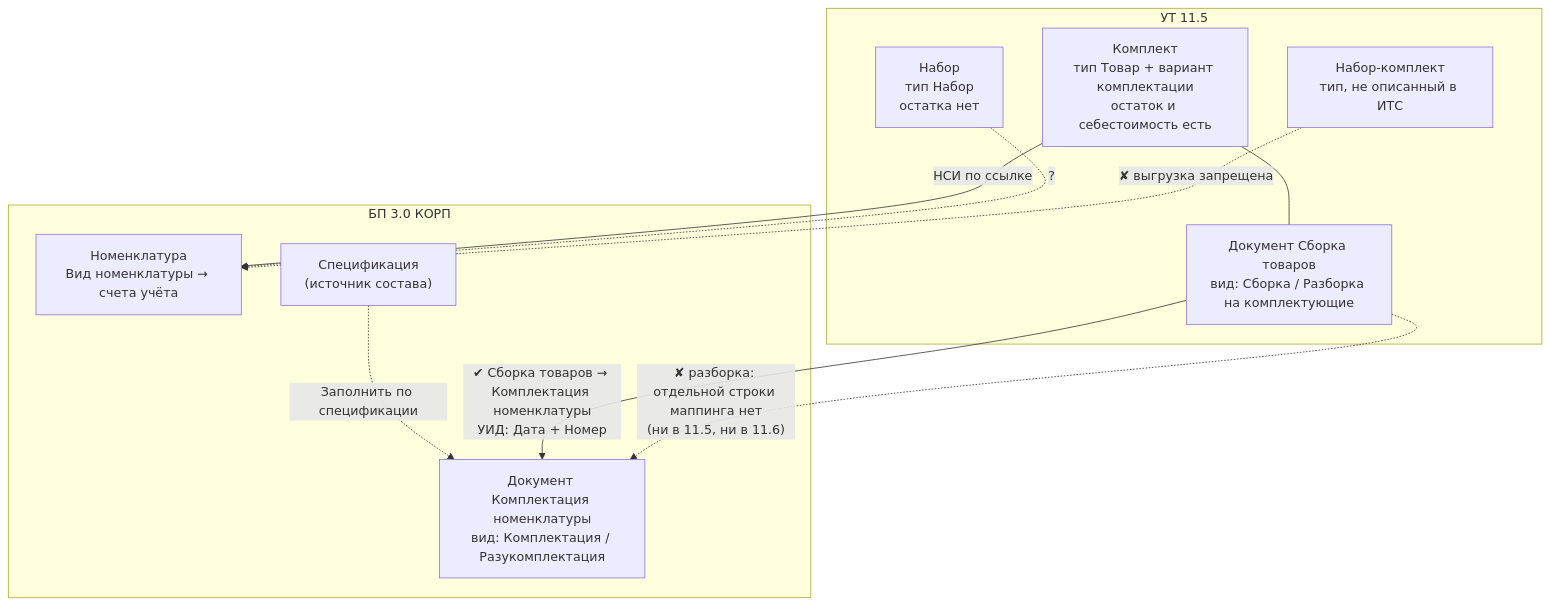
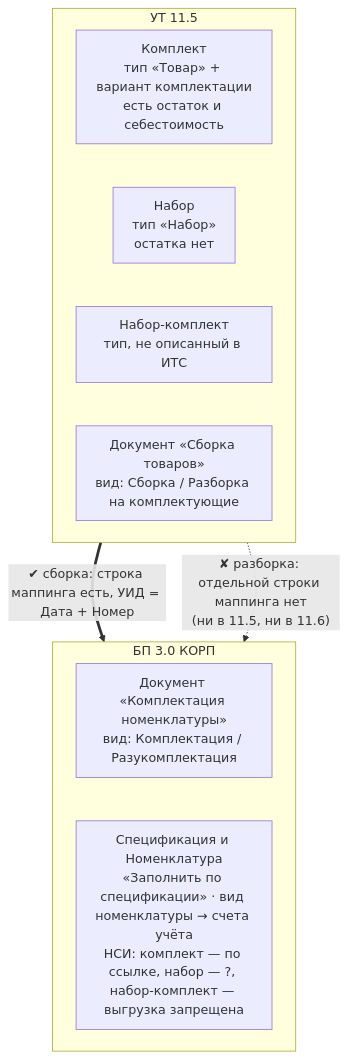
One commit to grevinden/komplekty-ut-bp changed the diagram in docs/01-glavnaya-karta.md. Above: the diagram before and after it, drawn with Mermaid.

Commit message:
Схема главной карты: вертикальная компоновка (6 блоков в колонку, натуральный масштаб)

````diff
--- a/docs/01-glavnaya-karta.md
+++ b/docs/01-glavnaya-karta.md
@@ -46,21 +46,20 @@
 ```mermaid
+%%{init: {"flowchart": {"rankSpacing": 30, "nodeSpacing": 40, "padding": 12}}}%%
 flowchart TB
   subgraph UT["УТ 11.5"]
-    K["Комплект<br/>тип Товар + вариант комплектации<br/>остаток и себестоимость есть"]
-    N["Набор<br/>тип Набор<br/>остатка нет"]
+    direction TB
+    K["Комплект<br/>тип «Товар» + вариант комплектации<br/>есть остаток и себестоимость"]
+    N["Набор<br/>тип «Набор»<br/>остатка нет"]
     NK["Набор-комплект<br/>тип, не описанный в ИТС"]
-    SB["Документ Сборка товаров<br/>вид: Сборка / Разборка на комплектующие"]
-    K --- SB
+    SB["Документ «Сборка товаров»<br/>вид: Сборка / Разборка на комплектующие"]
+    K ~~~ N ~~~ NK ~~~ SB
   end
+  SB ==>|"✔ сборка: строка маппинга есть, УИД = Дата + Номер"| CN
+  SB -.->|"✘ разборка: отдельной строки маппинга нет<br/>(ни в 11.5, ни в 11.6)"| CN
   subgraph BP["БП 3.0 КОРП"]
-    CN["Документ Комплектация номенклатуры<br/>вид: Комплектация / Разукомплектация"]
-    NO["Номенклатура<br/>Вид номенклатуры → счета учёта"]
-    SP["Спецификация<br/>(источник состава)"]
-    SP -.->|"Заполнить по спецификации"| CN
+    direction TB
+    CN["Документ «Комплектация номенклатуры»<br/>вид: Комплектация / Разукомплектация"]
+    HO["Спецификация и Номенклатура<br/>«Заполнить по спецификации» · вид номенклатуры → счета учёта<br/>НСИ: комплект — по ссылке, набор — ?, набор-комплект — выгрузка запрещена"]
+    CN ~~~ HO
   end
-  SB -->|"✔ Сборка товаров → Комплектация номенклатуры<br/>УИД: Дата + Номер"| CN
-  SB -.->|"✘ разборка: отдельной строки маппинга нет<br/>(ни в 11.5, ни в 11.6)"| CN
-  K -->|"НСИ по ссылке"| NO
-  N -.->|"?"| NO
-  NK -.->|"✘ выгрузка запрещена"| NO
 ```
````
